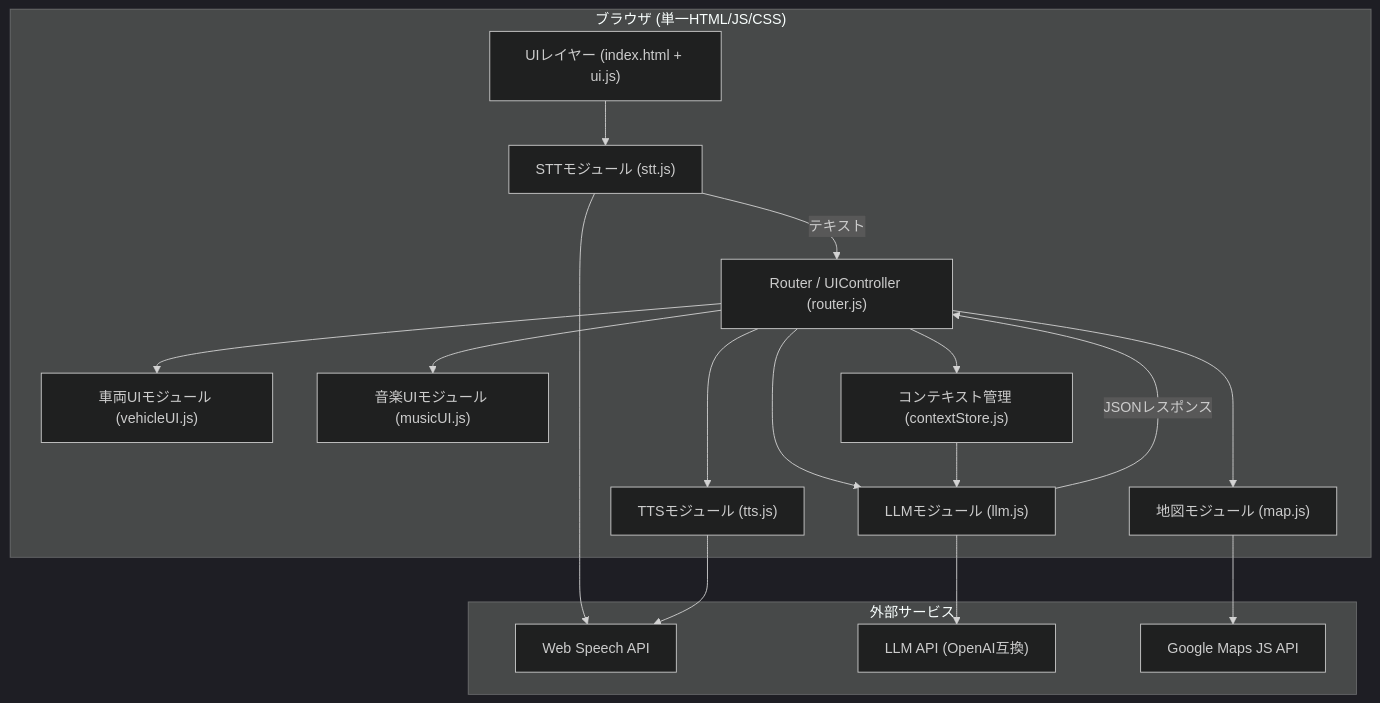
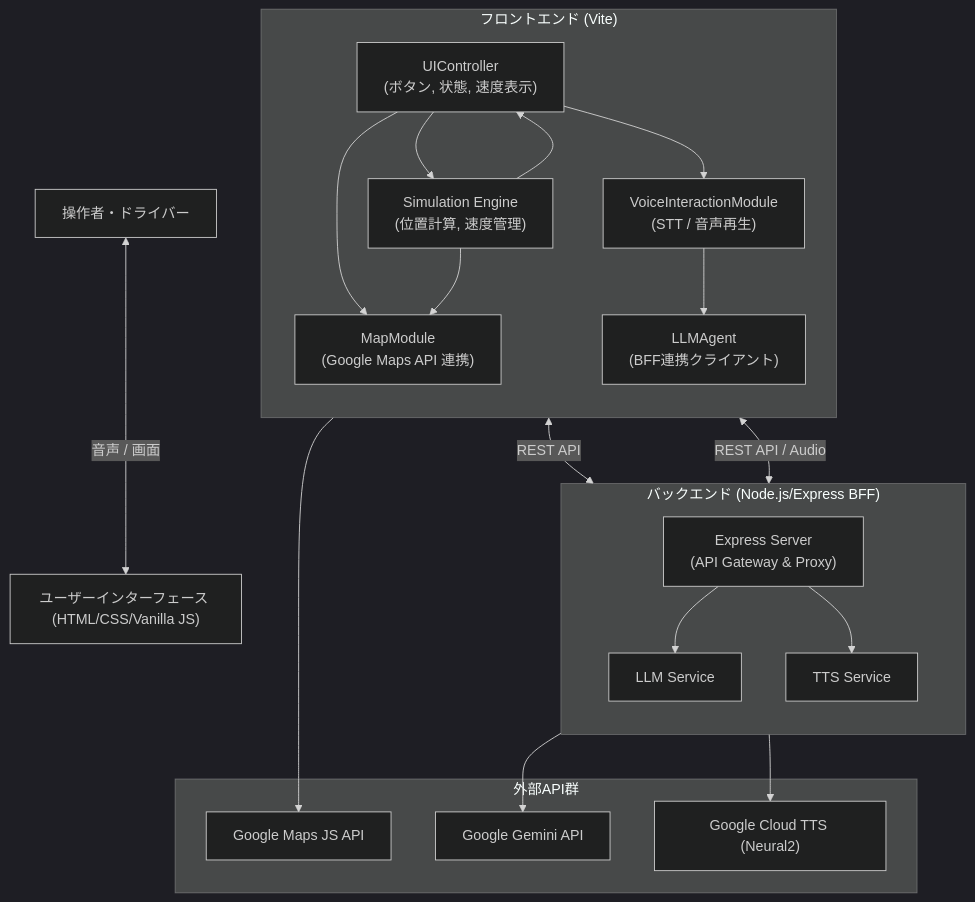
One commit to yamaPiT/VoiceNavi changed the diagram in doc/SW205_ソフトウェアアーキテクチャ設計書.md. Above: the diagram before and after it, drawn with Mermaid (dark theme). The commit also changed other lines of this file and 6115 other files, not shown here.

````diff
--- a/doc/SW205_ソフトウェアアーキテクチャ設計書.md
+++ b/doc/SW205_ソフトウェアアーキテクチャ設計書.md
@@ -33,35 +16,41 @@
 ```mermaid
 flowchart TD
-    subgraph Browser ["ブラウザ (単一HTML/JS/CSS)"]
-        UI["UIレイヤー (index.html + ui.js)"]
-        Router["Router / UIController (router.js)"]
-        STT["STTモジュール (stt.js)"]
-        TTS["TTSモジュール (tts.js)"]
-        LLM["LLMモジュール (llm.js)"]
-        Map["地図モジュール (map.js)"]
-        Vehicle["車両UIモジュール (vehicleUI.js)"]
-        MusicUI["音楽UIモジュール (musicUI.js)"]
-        Context["コンテキスト管理 (contextStore.js)"]
+    User["操作者・ドライバー"] <--> |音声 / 画面| UI["ユーザーインターフェース (HTML/CSS/Vanilla JS)"]
+    
+    subgraph Frontend ["フロントエンド (Vite)"]
+        direction TB
+        UI_Ctrl["UIController<br>(ボタン, 状態, 速度表示)"]
+        Sim["Simulation Engine<br>(位置計算, 速度管理)"]
+        Map["MapModule<br>(Google Maps API 連携)"]
+        Voice["VoiceInteractionModule<br>(STT / 音声再生)"]
+        LLM["LLMAgent<br>(BFF連携クライアント)"]
+        
+        UI_Ctrl --> Sim
+        UI_Ctrl --> Map
+        UI_Ctrl --> Voice
+        Voice --> LLM
+        Sim --> Map
+        Sim --> UI_Ctrl
     end
 
-    subgraph External ["外部サービス"]
-        SpeechAPI["Web Speech API"]
-        LLMAPI["LLM API (OpenAI互換)"]
-        MapsAPI["Google Maps JS API"]
+    subgraph Backend ["バックエンド (Node.js/Express BFF)"]
+        direction TB
+        Server["Express Server<br>(API Gateway & Proxy)"]
+        Server_LLM["LLM Service"]
+        Server_TTS["TTS Service"]
+        Server --> Server_LLM
+        Server --> Server_TTS
     end
-
-    UI --> STT
-    STT --> SpeechAPI
-    STT -- "テキスト" --> Router
-    Router --> LLM
-    LLM --> LLMAPI
-    LLM -- "JSONレスポンス" --> Router
-    Router --> Map
-    Router --> Vehicle
-    Router --> TTS
-    Router --> MusicUI
-    Map --> MapsAPI
-    TTS --> SpeechAPI
-    Context --> LLM
-    Router --> Context
+    
+    subgraph External ["外部API群"]
+        GCP_Maps["Google Maps JS API"]
+        GCP_TTS["Google Cloud TTS (Neural2)"]
+        Gemini["Google Gemini API"]
+    end
+    
+    Map --> GCP_Maps
+    LLM <--> |REST API| Server
+    Voice <--> |REST API / Audio| Server
+    Server_LLM --> Gemini
+    Server_TTS --> GCP_TTS
 ```
````
